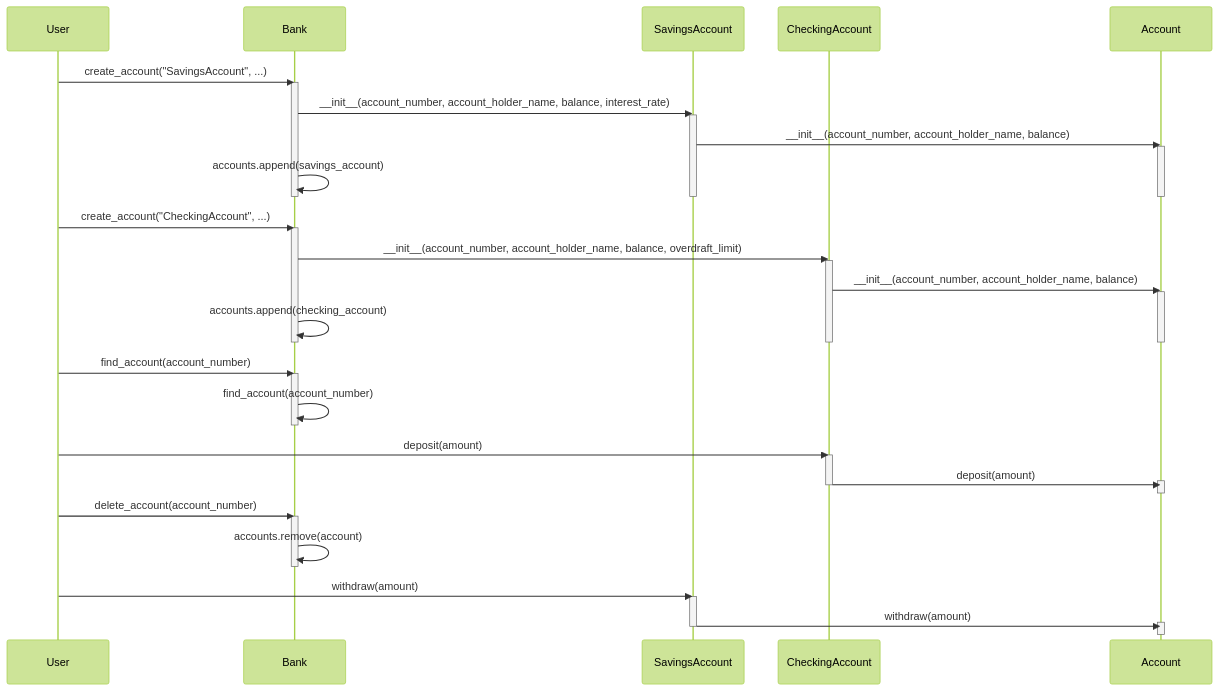
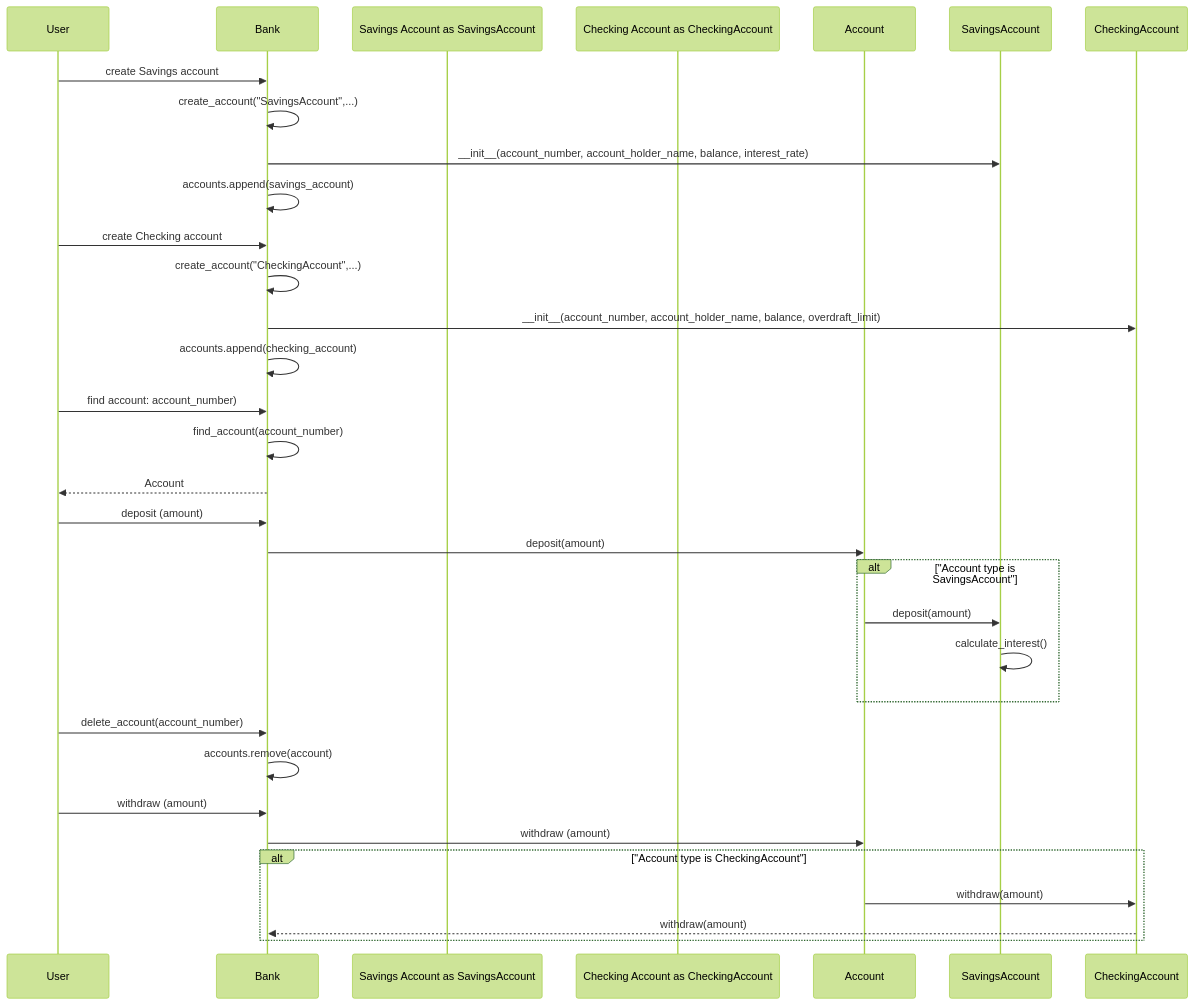
Before and after one commit to EECE3093C/phan_nhat_bearcat_trust_bank: the diagram in docs/uml_sequence_diagram.md, drawn with Mermaid (forest theme). The commit also changed other lines of this file, not shown here.

Commit message:
Added UML Sequence Diagram

````diff
--- a/docs/uml_sequence_diagram.md
+++ b/docs/uml_sequence_diagram.md
@@ -4,57 +7,43 @@
 ```mermaid
 sequenceDiagram
     participant User as User
     participant Bank as Bank
-    participant SavingsAccount as SavingsAccount
-    participant CheckingAccount as CheckingAccount
+    participant Savings Account as SavingsAccount
+    participant Checking Account as CheckingAccount
     participant Account as Account
 
-    User->>Bank: create_account("SavingsAccount", ...)
-    activate Bank
-    Bank->>SavingsAccount: __init__(account_number, account_holder_name, balance, interest_rate)
-    activate SavingsAccount
-    SavingsAccount->>Account: __init__(account_number, account_holder_name, balance)
-    activate Account
-    Bank->>Bank: accounts.append(savings_account)
-    deactivate Account
-    deactivate SavingsAccount
-    deactivate Bank
+    User ->> Bank: create Savings account
+    Bank ->> Bank: create_account("SavingsAccount",...)
+    Bank ->> SavingsAccount: __init__(account_number, account_holder_name, balance, interest_rate)
+    Bank ->> Bank: accounts.append(savings_account)
 
-    User->>Bank: create_account("CheckingAccount", ...)
-    activate Bank
-    Bank->>CheckingAccount: __init__(account_number, account_holder_name, balance, overdraft_limit)
-    activate CheckingAccount
-    CheckingAccount->>Account: __init__(account_number, account_holder_name, balance)
-    activate Account
-    Bank->>Bank: accounts.append(checking_account)
-    deactivate Account
-    deactivate CheckingAccount
-    deactivate Bank
+    User ->> Bank: create Checking account
+    Bank ->> Bank: create_account("CheckingAccount",...)
+    Bank ->> CheckingAccount: __init__(account_number, account_holder_name, balance, overdraft_limit)
+    Bank ->> Bank: accounts.append(checking_account)
 
-    User->>Bank: find_account(account_number)
-    activate Bank
-    Bank->>Bank: find_account(account_number)
-    deactivate Bank
+    User ->> Bank: find account: account_number)
+    Bank ->> Bank: find_account(account_number)
+    Bank -->> User: Account
+    
+    User ->> Bank: deposit (amount)
+    Bank ->> Account: deposit(amount)
+    alt "Account type is SavingsAccount"
+        Account ->> SavingsAccount: deposit(amount)
+        SavingsAccount ->> SavingsAccount: calculate_interest()
+    end
 
-    User->>CheckingAccount: deposit(amount)
-    activate CheckingAccount
-    CheckingAccount->>Account: deposit(amount)
-    activate Account
-    deactivate Account
-    deactivate CheckingAccount
+    User ->> Bank: delete_account(account_number)
+    Bank ->> Bank: accounts.remove(account)
+    
+    User ->> Bank: withdraw (amount)
+    Bank ->> Account: withdraw (amount)
+    alt "Account type is CheckingAccount"
+        Account ->> CheckingAccount: withdraw(amount)
+        CheckingAccount -->> Bank: withdraw(amount)
+    end
 
-    User->>Bank: delete_account(account_number)
-    activate Bank
-    Bank->>Bank: accounts.remove(account)
-    deactivate Bank
-
-    User->>SavingsAccount: withdraw(amount)
-    activate SavingsAccount
-    SavingsAccount->>Account: withdraw(amount)
-    activate Account
-    deactivate Account
-    deactivate SavingsAccount
 
 
 
 ```
````
